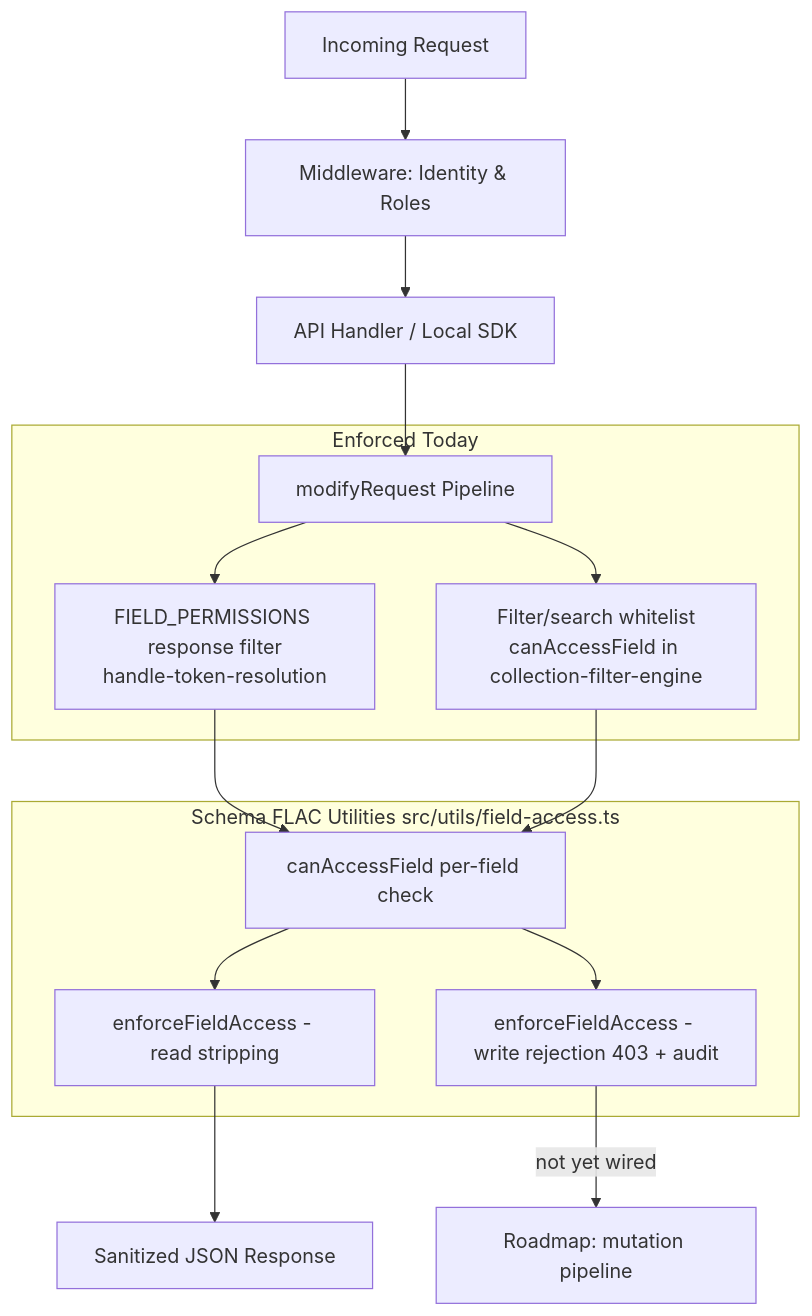
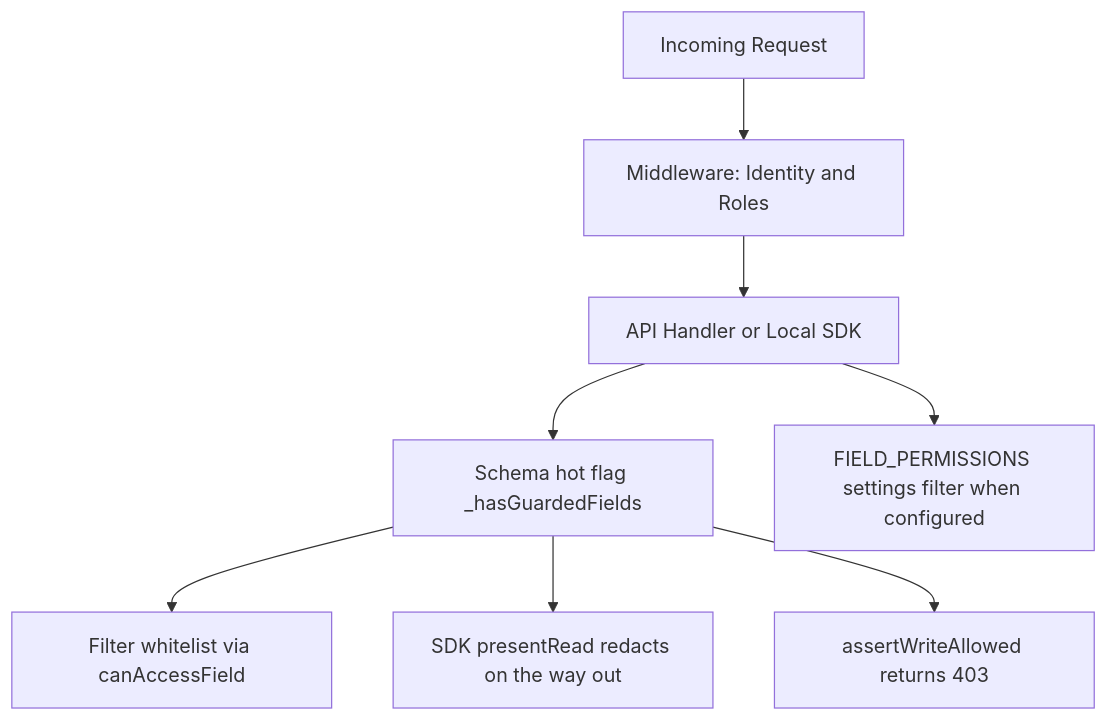
One commit to SveltyCMS/SveltyCMS changed the diagram in docs/reference/security/field-level-access-control.mdx. Above: the diagram before and after it, drawn with Mermaid. The commit also changed other lines of this file and 37 other files, not shown here.

````diff
--- a/docs/reference/security/field-level-access-control.mdx
+++ b/docs/reference/security/field-level-access-control.mdx
@@ -47,21 +48,11 @@
 ```mermaid
 graph TD
-    A[Incoming Request] --> B[Middleware: Identity & Roles]
-    B --> C[API Handler / Local SDK]
-    C --> D[modifyRequest Pipeline]
+    A[Incoming Request] --> B[Middleware: Identity and Roles]
+    B --> C[API Handler or Local SDK]
+    C --> D[Schema hot flag _hasGuardedFields]
 
-    subgraph Enforced Today
-        D --> F[FIELD_PERMISSIONS response filter<br/>handle-token-resolution]
-        D --> E[Filter/search whitelist<br/>canAccessField in collection-filter-engine]
-    end
-
-    subgraph Schema FLAC Utilities src/utils/field-access.ts
-        F --> G[canAccessField per-field check]
-        E --> G
-        G --> H[enforceFieldAccess - read stripping]
-        G --> I[enforceFieldAccess - write rejection 403 + audit]
-    end
-
-    H --> J[Sanitized JSON Response]
-    I -- "not yet wired" --> K[Roadmap: mutation pipeline]
+    D --> E[Filter whitelist via canAccessField]
+    D --> F[SDK presentRead redacts on the way out]
+    D --> G[assertWriteAllowed returns 403]
+    C --> H[FIELD_PERMISSIONS settings filter when configured]
 ```
````
